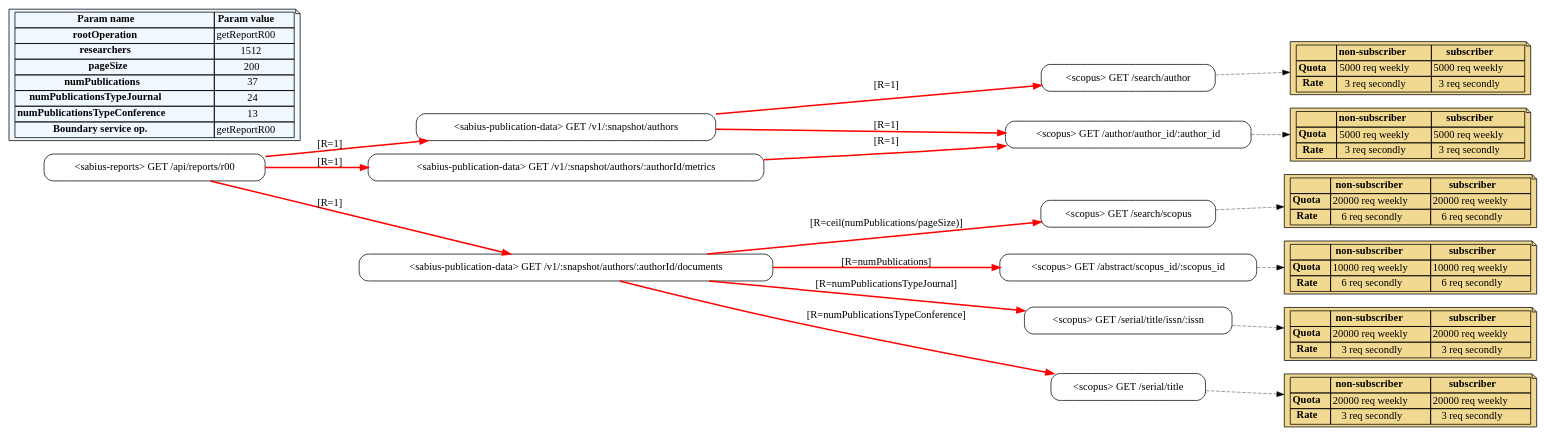
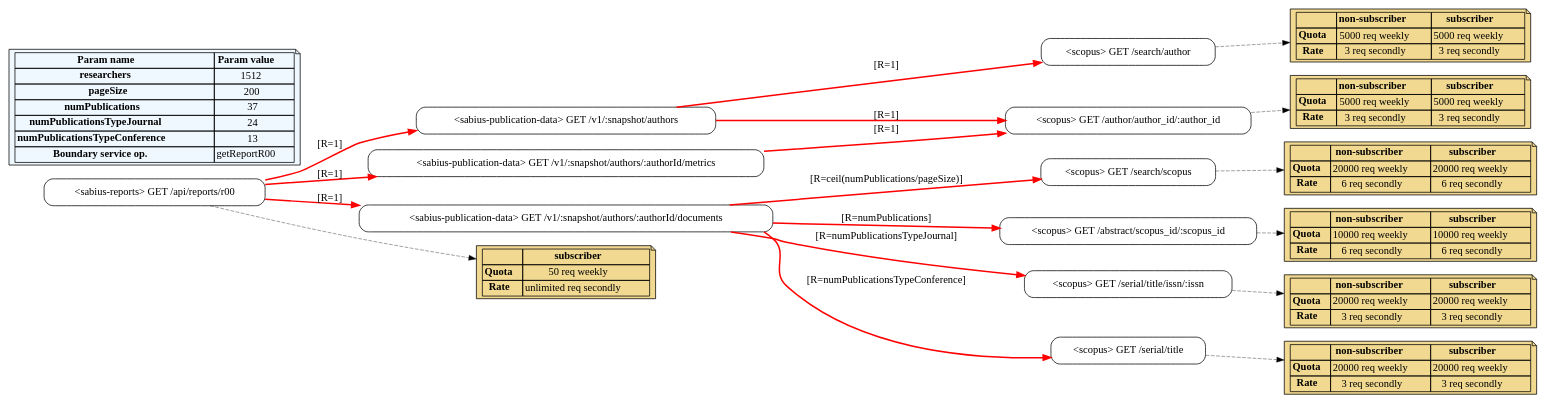
One commit to isa-group/governify-electra changed the diagram in src/backend/output/mapping-sabius/mapping-sabius.dot. Above: the diagram before and after it, drawn with Graphviz. The commit also changed 20 other files, not shown here.

```diff
--- a/src/backend/output/mapping-sabius/mapping-sabius.dot
+++ b/src/backend/output/mapping-sabius/mapping-sabius.dot
@@ -151,16 +151,29 @@
 subgraph "sabius-reports" {
 node [shape=box]
 node [ style=rounded, shape=box, label = "<sabius-reports> GET /api/reports/r00" ] "getReportR00"
+limits_getReportR00 [shape=note, style=filled, fillcolor="#F1D991" label=<
+<table border="0" cellborder="1" cellpadding="2" cellspacing="0">
+<tr>
+<td></td>
+<td><b>subscriber</b></td>
+</tr>
+<tr>
+<td><b>Quota</b></td>
+<td>50 req weekly</td>
+</tr>
+<tr>
+<td><b>Rate</b></td>
+<td>unlimited req secondly</td>
+</tr>
+</table>
+>];
+getReportR00 -> limits_getReportR00[ style=dashed, color=black, penwidth=0.5 ];
 }
 
 params [shape=note, style=filled, fillcolor="#F0F8FF" label=<
 <table border="0" cellborder="1" cellpadding="2" cellspacing="0">
 <tr>
 <td><b>Param name</b></td><td><b>Param value</b></td>
-</tr>
-<tr>
-<td><b>rootOperation</b></td>
-<td>getReportR00</td>
 </tr>
 <tr>
 <td><b>researchers</b></td>
```
